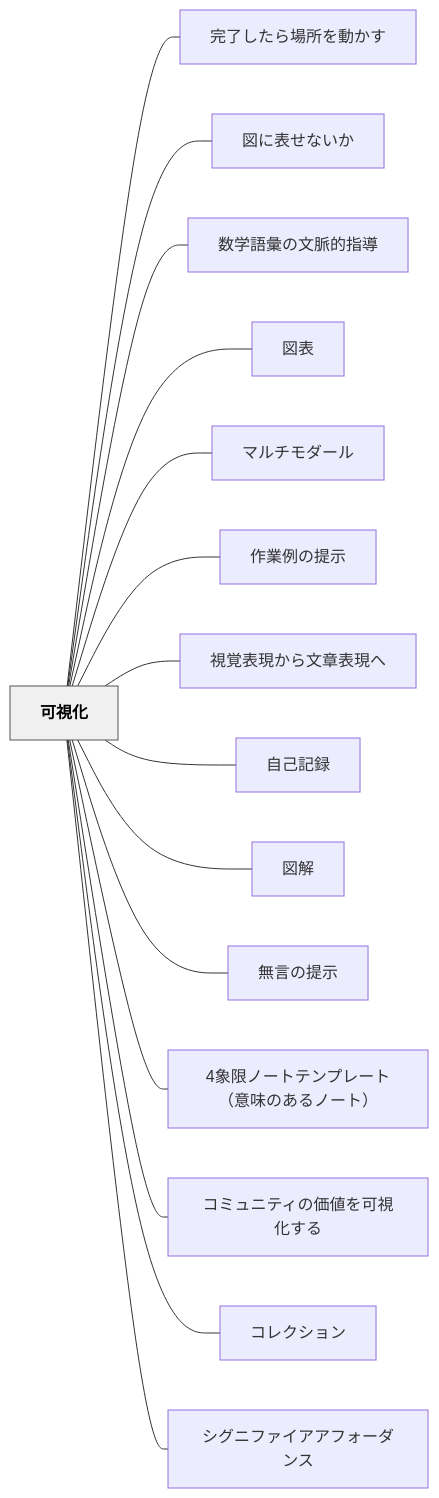
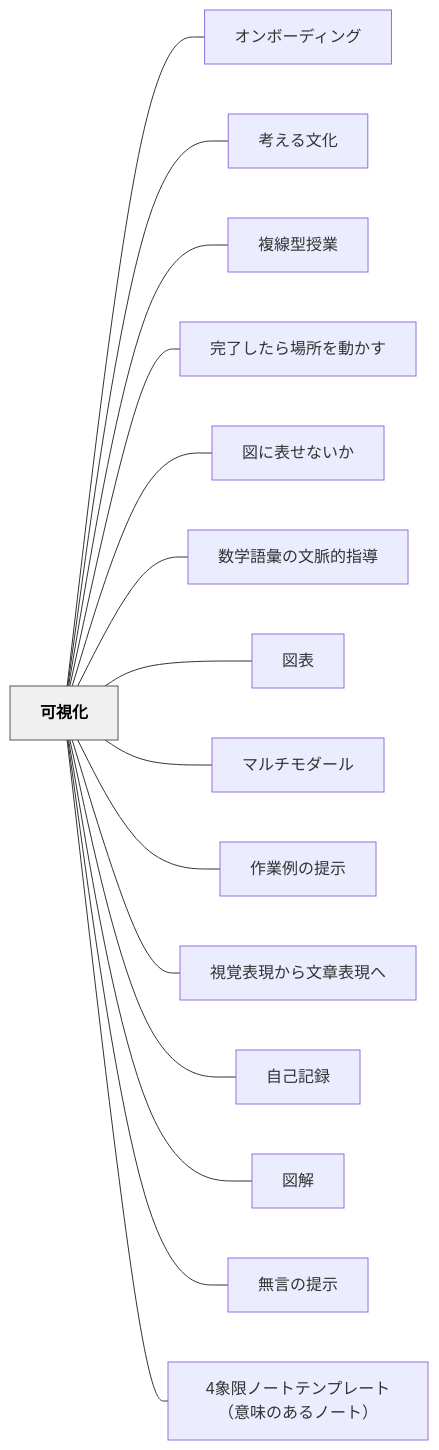
Before and after one commit to unknownthings-ed-patterns/unknownthings-ed-patterns: the diagram in content/パタン/可視化.md, drawn with Mermaid. The commit also changed other lines of this file and 100 other files, not shown here.

````diff
--- a/content/パタン/可視化.md
+++ b/content/パタン/可視化.md
@@ -301,36 +298,36 @@
 ```mermaid
 flowchart LR
     ne58fafe8a696e58c96["可視化"]
+    ne382aae383b3e3839ce383bce38387e382a3e383b3e382b0["オンボーディング"]
+    ne88083e38188e3828be69687e58c96["考える文化"]
+    ne8a487e7b79ae59e8be68e88e6a5ad["複線型授業"]
     ne5ae8ce4ba86e38197e3819fe38289e5a0b4e68980e38292e58b95e3818be38199["完了したら場所を動かす"]
     ne59bb3e381abe8a1a8e3819be381aae38184e3818b["図に表せないか"]
     ne695b0e5ada6e8aa9ee5bd99e381aee69687e88488e79a84e68c87e5b08e["数学語彙の文脈的指導"]
     ne59bb3e8a1a8["図表"]
     ne3839ee383abe38381e383a2e38380e383bce383ab["マルチモダール"]
     ne4bd9ce6a5ade4be8be381aee68f90e7a4ba["作業例の提示"]
     ne8a696e8a69ae8a1a8e78fbee3818be38289e69687e7aba0e8a1a8e78fbee381b8["視覚表現から文章表現へ"]
     ne887aae5b7b1e8a898e98cb2["自己記録"]
     ne59bb3e8a7a3["図解"]
     ne784a1e8a880e381aee68f90e7a4ba["無言の提示"]
     n34e8b1a1e99990e3838ee383bce38388e38386e383b3e38397e383ace383bce38388efbc88e6848fe591b3e381aee38182e3828be3838ee383bce38388efbc89["4象限ノートテンプレート（意味のあるノート）"]
-    ne382b3e3839fe383a5e3838be38386e382a3e381aee4bea1e580a4e38292e58fafe8a696e58c96e38199e3828b["コミュニティの価値を可視化する"]
-    ne382b3e383ace382afe382b7e383a7e383b3["コレクション"]
-    ne382b7e382b0e3838be38395e382a1e382a4e382a2e382a2e38395e382a9e383bce38380e383b3e382b9["シグニファイアアフォーダンス"]
 
+    ne58fafe8a696e58c96 --- ne382aae383b3e3839ce383bce38387e382a3e383b3e382b0
+    ne58fafe8a696e58c96 --- ne88083e38188e3828be69687e58c96
+    ne58fafe8a696e58c96 --- ne8a487e7b79ae59e8be68e88e6a5ad
     ne58fafe8a696e58c96 --- ne5ae8ce4ba86e38197e3819fe38289e5a0b4e68980e38292e58b95e3818be38199
     ne58fafe8a696e58c96 --- ne59bb3e381abe8a1a8e3819be381aae38184e3818b
     ne58fafe8a696e58c96 --- ne695b0e5ada6e8aa9ee5bd99e381aee69687e88488e79a84e68c87e5b08e
     ne58fafe8a696e58c96 --- ne59bb3e8a1a8
     ne58fafe8a696e58c96 --- ne3839ee383abe38381e383a2e38380e383bce383ab
     ne58fafe8a696e58c96 --- ne4bd9ce6a5ade4be8be381aee68f90e7a4ba
     ne58fafe8a696e58c96 --- ne8a696e8a69ae8a1a8e78fbee3818be38289e69687e7aba0e8a1a8e78fbee381b8
     ne58fafe8a696e58c96 --- ne887aae5b7b1e8a898e98cb2
     ne58fafe8a696e58c96 --- ne59bb3e8a7a3
     ne58fafe8a696e58c96 --- ne784a1e8a880e381aee68f90e7a4ba
     ne58fafe8a696e58c96 --- n34e8b1a1e99990e3838ee383bce38388e38386e383b3e38397e383ace383bce38388efbc88e6848fe591b3e381aee38182e3828be3838ee383bce38388efbc89
-    ne58fafe8a696e58c96 --- ne382b3e3839fe383a5e3838be38386e382a3e381aee4bea1e580a4e38292e58fafe8a696e58c96e38199e3828b
-    ne58fafe8a696e58c96 --- ne382b3e383ace382afe382b7e383a7e383b3
-    ne58fafe8a696e58c96 --- ne382b7e382b0e3838be38395e382a1e382a4e382a2e382a2e38395e382a9e383bce38380e383b3e382b9
 
     classDef hub fill:#f0f0f0,stroke:#555,color:#000,font-weight:bold
     class ne58fafe8a696e58c96 hub
 ```
````
